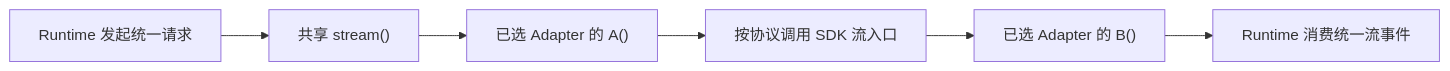
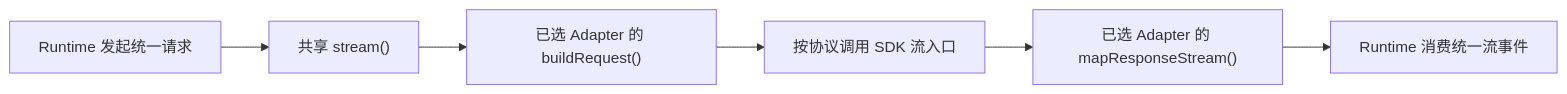
One commit to hunterhahaha/Minou changed the second of 3 diagrams in docs/architecture.md. Above: the diagram before and after it, drawn with Mermaid. The commit also changed other lines of this file and 7 other files, not shown here.

````diff
--- a/docs/architecture.md
+++ b/docs/architecture.md
@@ -90,8 +90,8 @@
 ```mermaid
 flowchart LR
   Runtime["Runtime 发起统一请求"] --> Stream["共享 stream()"]
-  Stream --> A["已选 Adapter 的 A()"]
-  A --> SDK["按协议调用 SDK 流入口"]
-  SDK --> B["已选 Adapter 的 B()"]
-  B --> Events["Runtime 消费统一流事件"]
+  Stream --> BuildRequest["已选 Adapter 的 buildRequest()"]
+  BuildRequest --> SDK["按协议调用 SDK 流入口"]
+  SDK --> MapResponseStream["已选 Adapter 的 mapResponseStream()"]
+  MapResponseStream --> Events["Runtime 消费统一流事件"]
 ```
````
